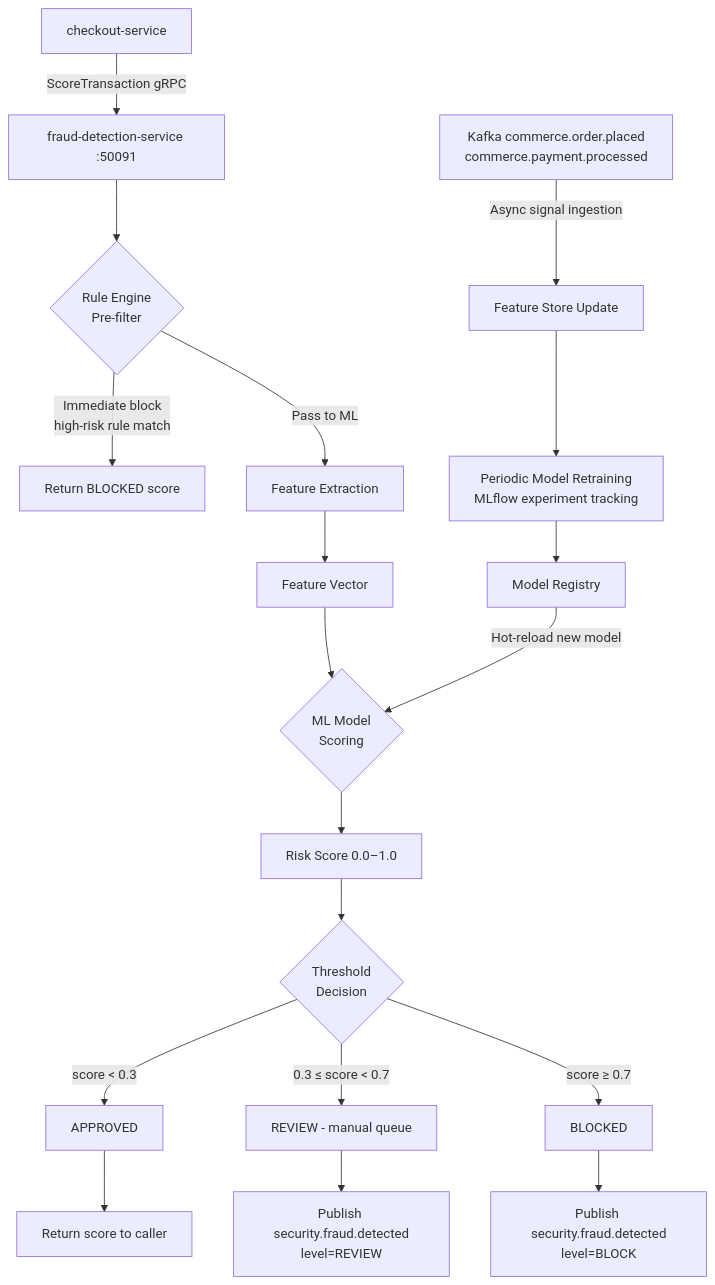
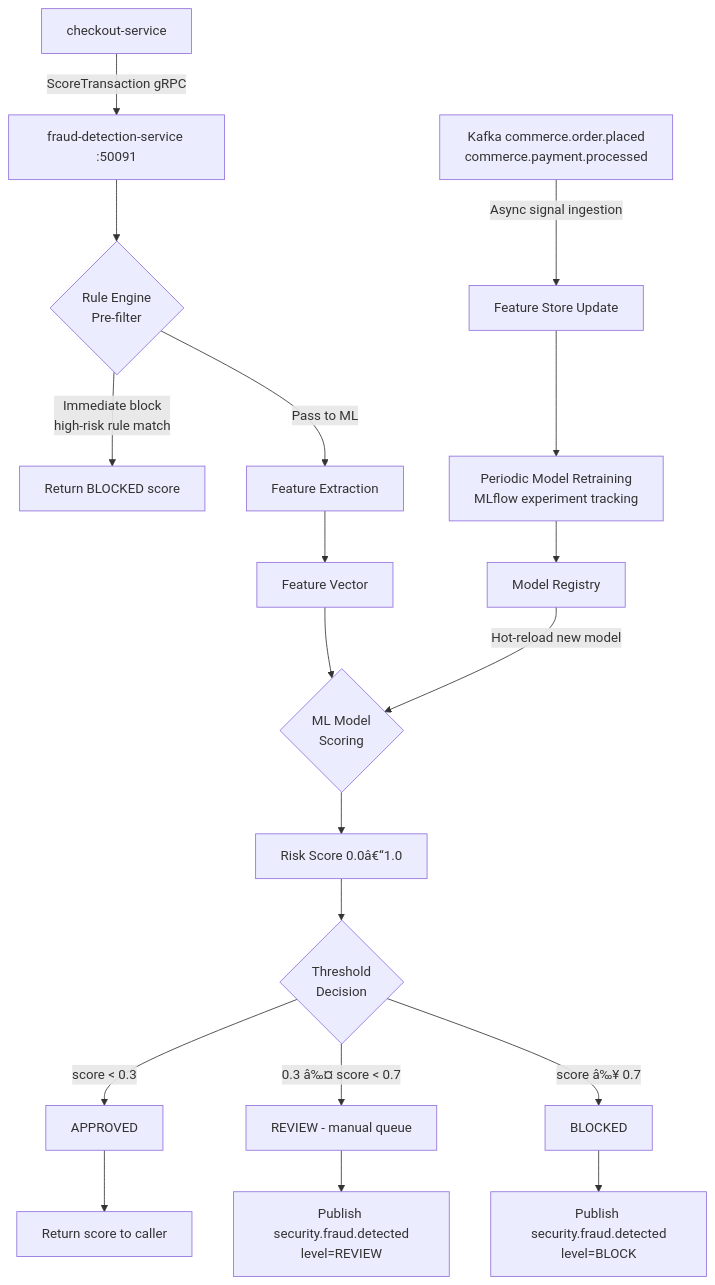
The diagram in src/commerce/fraud-detection-service/README.md (prabhat-roy/ShopOS), drawn with Mermaid before and after one commit. The commit also changed other lines of this file and 403 other files, not shown here.

````diff
--- a/src/commerce/fraud-detection-service/README.md
+++ b/src/commerce/fraud-detection-service/README.md
@@ -11,27 +11,27 @@
 ```mermaid
 flowchart TD
     A[checkout-service] -->|ScoreTransaction gRPC| B[fraud-detection-service :50091]
 
     B --> C{Rule Engine\nPre-filter}
     C -->|Immediate block\nhigh-risk rule match| D[Return BLOCKED score]
     C -->|Pass to ML| E[Feature Extraction]
 
     E --> F[Feature Vector]
     F --> G{ML Model\nScoring}
 
-    G --> H[Risk Score 0.0–1.0]
+    G --> H[Risk Score 0.0â€“1.0]
     H --> I{Threshold\nDecision}
 
     I -->|score < 0.3| J[APPROVED]
-    I -->|0.3 ≤ score < 0.7| K[REVIEW - manual queue]
-    I -->|score ≥ 0.7| L[BLOCKED]
+    I -->|0.3 â‰¤ score < 0.7| K[REVIEW - manual queue]
+    I -->|score â‰¥ 0.7| L[BLOCKED]
 
     J --> M[Return score to caller]
     K --> N[Publish security.fraud.detected\nlevel=REVIEW]
     L --> O[Publish security.fraud.detected\nlevel=BLOCK]
 
     P[Kafka commerce.order.placed\ncommerce.payment.processed] -->|Async signal ingestion| Q[Feature Store Update]
     Q --> R[Periodic Model Retraining\nMLflow experiment tracking]
     R --> S[Model Registry]
     S -->|Hot-reload new model| G
 ```
````
